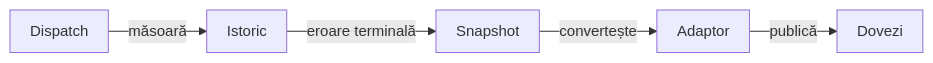
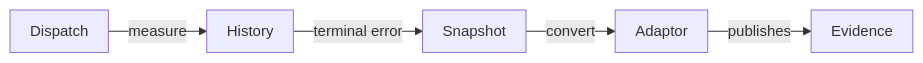
Before and after one commit to crististefanita/atf_j0: the second of 2 diagrams in atf-core/README.md, drawn with Mermaid. The commit also changed other lines of this file and 113 other files, not shown here.

````diff
--- a/atf-core/README.md
+++ b/atf-core/README.md
@@ -385,8 +365,8 @@
 ```mermaid
 %%{init: {"themeVariables":{"fontSize":"15px"},"themeCSS":".nodeLabel, .nodeLabel p { font-size: 15px !important; line-height: 1.35 !important; } .edgeLabel, .edgeLabel p { font-size: 12px !important; font-weight: 400 !important; line-height: 1.2 !important; } .edgeLabel .labelBkg, .edgeLabel p { background: transparent !important; } .edgeLabel foreignObject { transform: translateY(-18px); overflow: visible; } .node rect { rx: 6px; ry: 6px; }","flowchart":{"curve":"linear","nodeSpacing":24,"rankSpacing":40,"padding":10,"diagramPadding":16}}}%%
 flowchart LR
-    Dispatch["Dispatch"] -->|măsoară| History["Istoric"]
-    History -->|eroare terminală| Snapshot["Snapshot"]
-    Snapshot -->|convertește| Adapter["Adaptor"]
-    Adapter -->|publică| Report["Dovezi"]
+    Dispatch["Dispatch"] -->|measure| History["History"]
+    History -->|terminal error| Snapshot["Snapshot"]
+    Snapshot -->|convert| Adapter["Adaptor"]
+    Adapter -->|publishes| Report["Evidence"]
 ```
````
